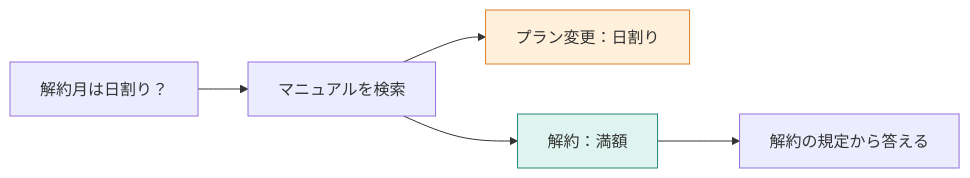
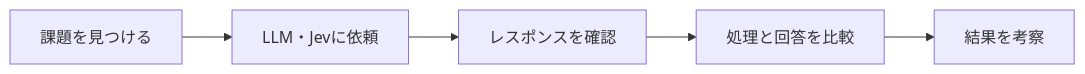
One commit to kouji0705/rag-study changed the diagram in books/cd019af39edb03/introduction.md. Above: the diagram before and after it, drawn with Mermaid. The commit also changed other lines of this file and 66 other files, not shown here.

````diff
--- a/books/cd019af39edb03/introduction.md
+++ b/books/cd019af39edb03/introduction.md
@@ -17,9 +17,7 @@
 ```mermaid
 flowchart LR
-    Q["解約月は日割り？"] --> S["マニュアルを検索"]
-    S --> P["プラン変更：日割り"]
-    S --> E["解約：満額"]
-    E --> A["解約の規定から答える"]
-    style P fill:#fff0db,stroke:#d9822b
-    style E fill:#dff4ef,stroke:#228678
+    A["課題を見つける"] --> B["LLM・Jevに依頼"]
+    B --> C["レスポンスを確認"]
+    C --> D["処理と回答を比較"]
+    D --> E["結果を考察"]
 ```
````
